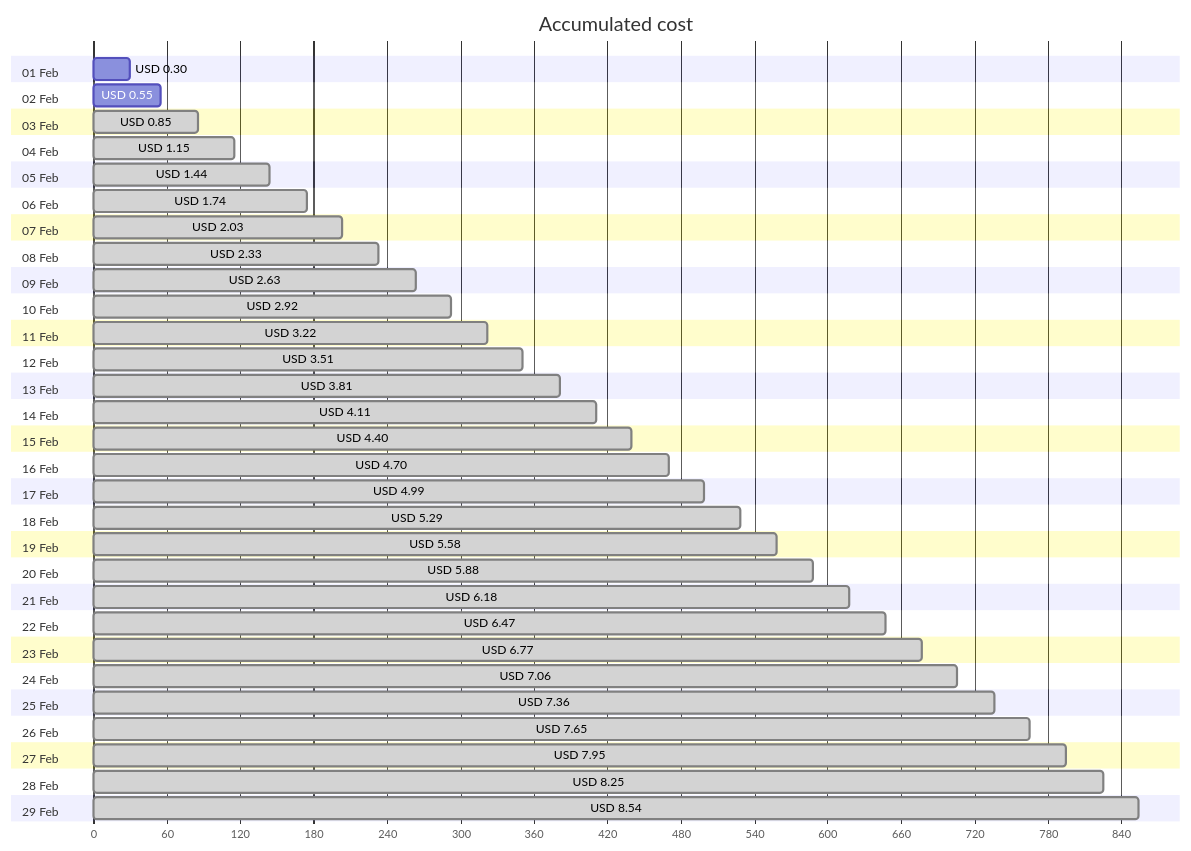
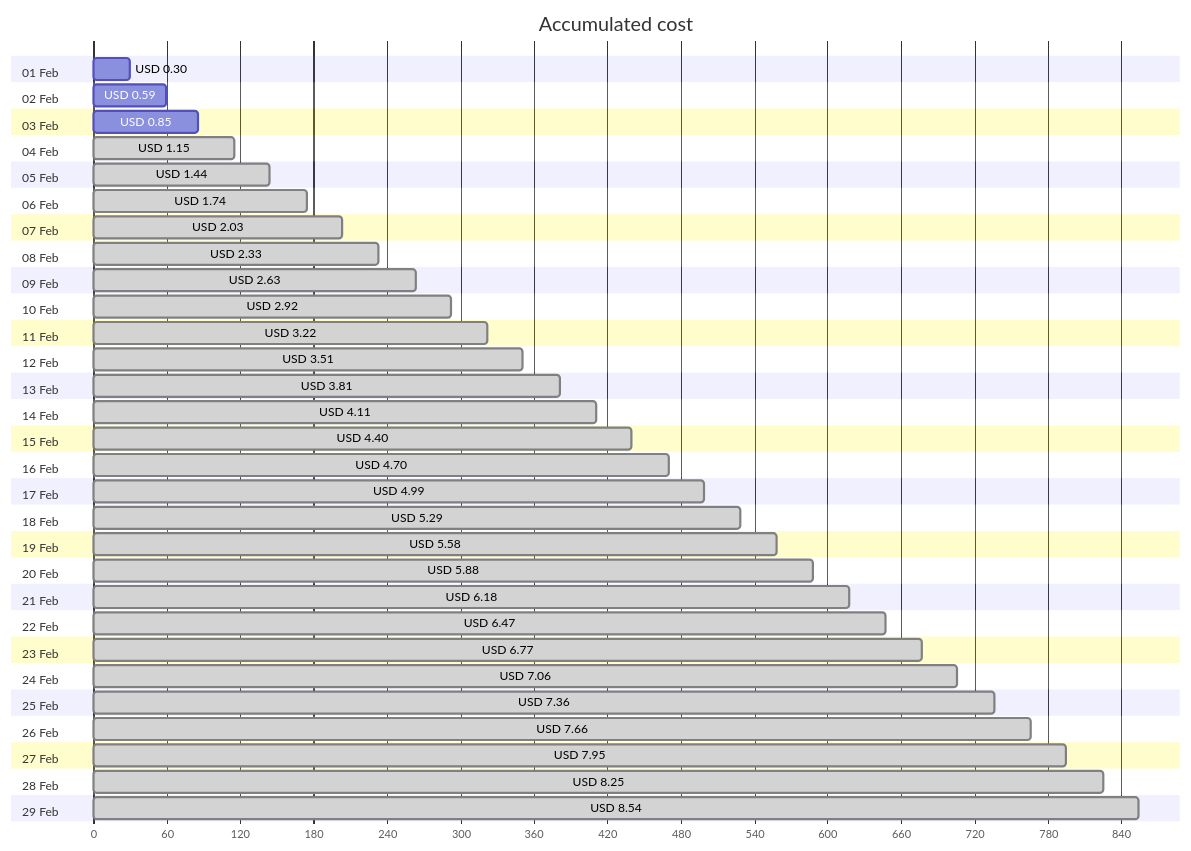
Before and after one commit to jpfulton/azure-personal-reports: the first of 4 diagrams in cost-reports/personal-site/personal-site-preview.md, drawn with Mermaid. The commit also changed other lines of this file and 6 other files, not shown here.

````diff
--- a/cost-reports/personal-site/personal-site-preview.md
+++ b/cost-reports/personal-site/personal-site-preview.md
@@ -20,64 +20,64 @@
 ```mermaid
 gantt
    title Accumulated cost
    dateFormat  X
    axisFormat %s
    section 01 Feb
    USD 0.30 :0, 30
    section 02 Feb
-   USD 0.55 :0, 55
+   USD 0.59 :0, 59
    section 03 Feb
-   USD 0.85 : done, 0, 85
+   USD 0.85 :0, 85
    section 04 Feb
    USD 1.15 : done, 0, 115
    section 05 Feb
    USD 1.44 : done, 0, 144
    section 06 Feb
    USD 1.74 : done, 0, 174
    section 07 Feb
    USD 2.03 : done, 0, 203
    section 08 Feb
    USD 2.33 : done, 0, 233
    section 09 Feb
    USD 2.63 : done, 0, 263
    section 10 Feb
    USD 2.92 : done, 0, 292
    section 11 Feb
    USD 3.22 : done, 0, 322
    section 12 Feb
    USD 3.51 : done, 0, 351
    section 13 Feb
    USD 3.81 : done, 0, 381
    section 14 Feb
    USD 4.11 : done, 0, 411
    section 15 Feb
    USD 4.40 : done, 0, 440
    section 16 Feb
    USD 4.70 : done, 0, 470
    section 17 Feb
    USD 4.99 : done, 0, 499
    section 18 Feb
    USD 5.29 : done, 0, 529
    section 19 Feb
    USD 5.58 : done, 0, 558
    section 20 Feb
    USD 5.88 : done, 0, 588
    section 21 Feb
    USD 6.18 : done, 0, 618
    section 22 Feb
    USD 6.47 : done, 0, 647
    section 23 Feb
    USD 6.77 : done, 0, 677
    section 24 Feb
    USD 7.06 : done, 0, 706
    section 25 Feb
    USD 7.36 : done, 0, 736
    section 26 Feb
-   USD 7.65 : done, 0, 765
+   USD 7.66 : done, 0, 766
    section 27 Feb
    USD 7.95 : done, 0, 795
    section 28 Feb
    USD 8.25 : done, 0, 825
    section 29 Feb
    USD 8.54 : done, 0, 854
 ```
````
